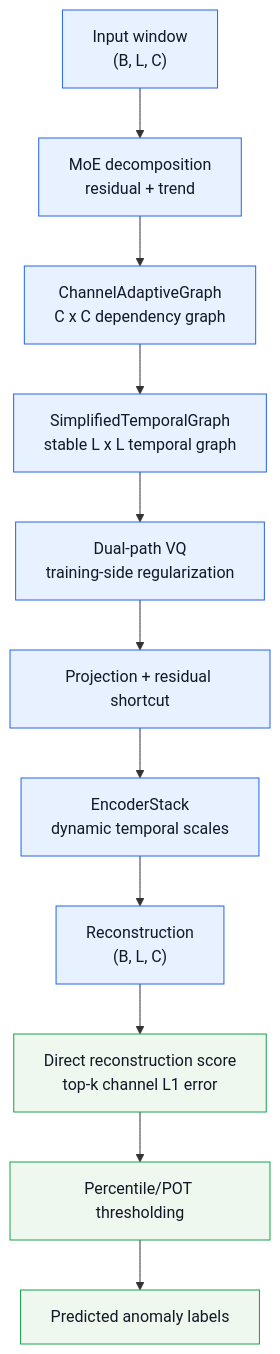
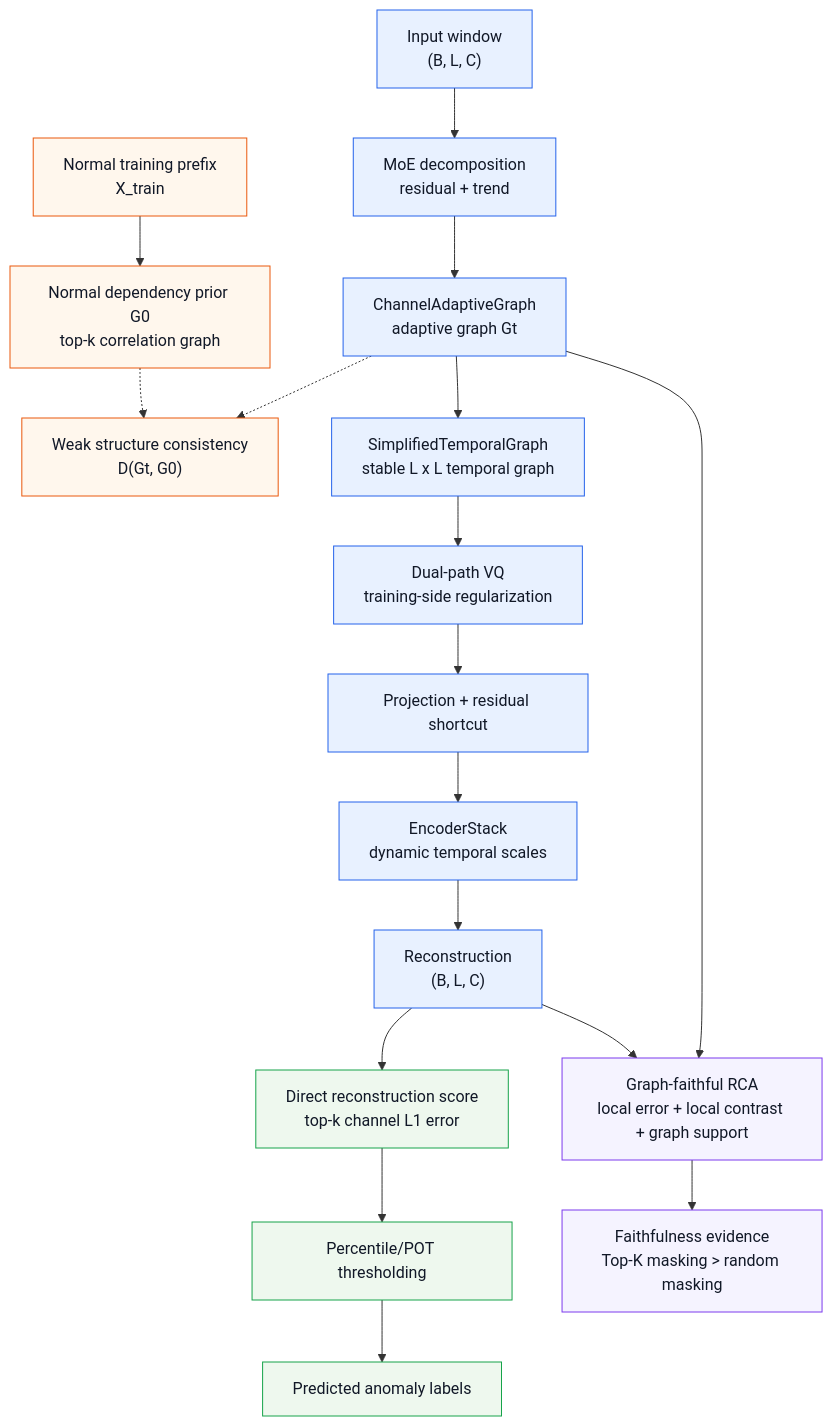
Before and after one commit to sunyujie0730-bot/lagraph: the first of 2 diagrams in docs/ARCHITECTURE.md, drawn with Mermaid. The commit also changed other lines of this file, not shown here.

Commit message:
Update architecture doc for structure consistency

````diff
--- a/docs/ARCHITECTURE.md
+++ b/docs/ARCHITECTURE.md
@@ -125,33 +125,48 @@
 ```mermaid
 flowchart TD
-    accTitle: LaGraph Main Architecture
-    accDescr: Current LaGraph full profile from input windows to anomaly scores.
+    accTitle: Structure-Consistent LaGraph Architecture
+    accDescr: Current reviewer-facing LaGraph candidate with a normal-state dependency prior, adaptive channel graph, reconstruction anomaly scoring, and graph-faithful RCA from the same learned structure.
 
+    normal["Normal training prefix<br/>X_train"]
+    prior["Normal dependency prior G0<br/>top-k correlation graph"]
     input["Input window<br/>(B, L, C)"]
     decomp["MoE decomposition<br/>residual + trend"]
-    channel["ChannelAdaptiveGraph<br/>C x C dependency graph"]
+    channel["ChannelAdaptiveGraph<br/>adaptive graph Gt"]
+    align["Weak structure consistency<br/>D(Gt, G0)"]
     temporal["SimplifiedTemporalGraph<br/>stable L x L temporal graph"]
     vq["Dual-path VQ<br/>training-side regularization"]
     proj["Projection + residual shortcut"]
     encoder["EncoderStack<br/>dynamic temporal scales"]
     recon["Reconstruction<br/>(B, L, C)"]
     score["Direct reconstruction score<br/>top-k channel L1 error"]
     threshold["Percentile/POT thresholding"]
     output["Predicted anomaly labels"]
+    rca["Graph-faithful RCA<br/>local error + local contrast + graph support"]
+    faith["Faithfulness evidence<br/>Top-K masking > random masking"]
 
+    normal --> prior
     input --> decomp
     decomp --> channel
+    prior -.-> align
+    channel -.-> align
     channel --> temporal
     temporal --> vq
     vq --> proj
     proj --> encoder
     encoder --> recon
     recon --> score
     score --> threshold
     threshold --> output
+    channel --> rca
+    recon --> rca
+    rca --> faith
 
     classDef core fill:#e8f1ff,stroke:#2563eb,stroke-width:1px,color:#111827
     classDef score_cls fill:#eef8ee,stroke:#16a34a,stroke-width:1px,color:#111827
+    classDef prior_cls fill:#fff7ed,stroke:#ea580c,stroke-width:1px,color:#111827
+    classDef eval_cls fill:#f5f3ff,stroke:#7c3aed,stroke-width:1px,color:#111827
     class input,decomp,channel,temporal,vq,proj,encoder,recon core
     class score,threshold,output score_cls
+    class normal,prior,align prior_cls
+    class rca,faith eval_cls
 ```
````
